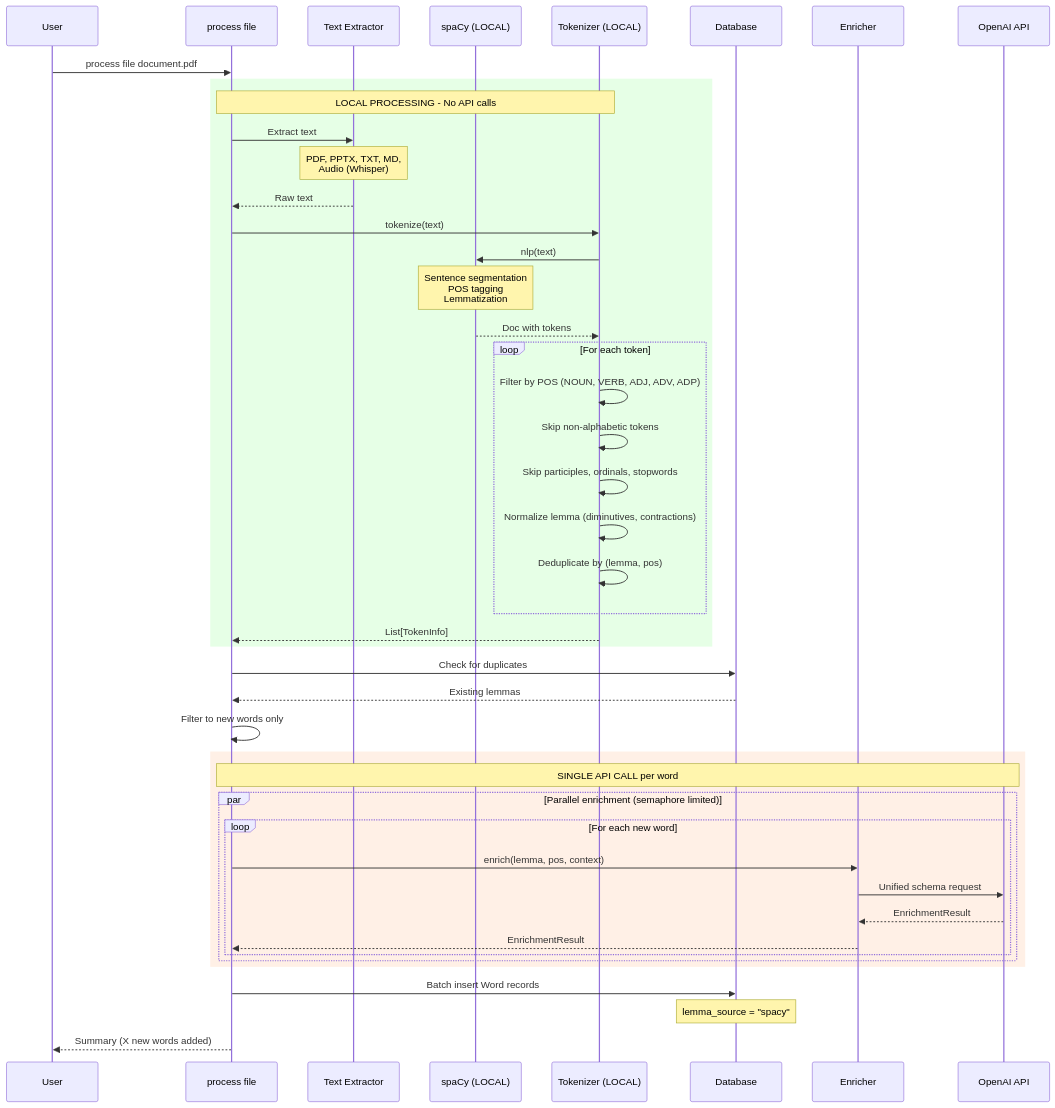
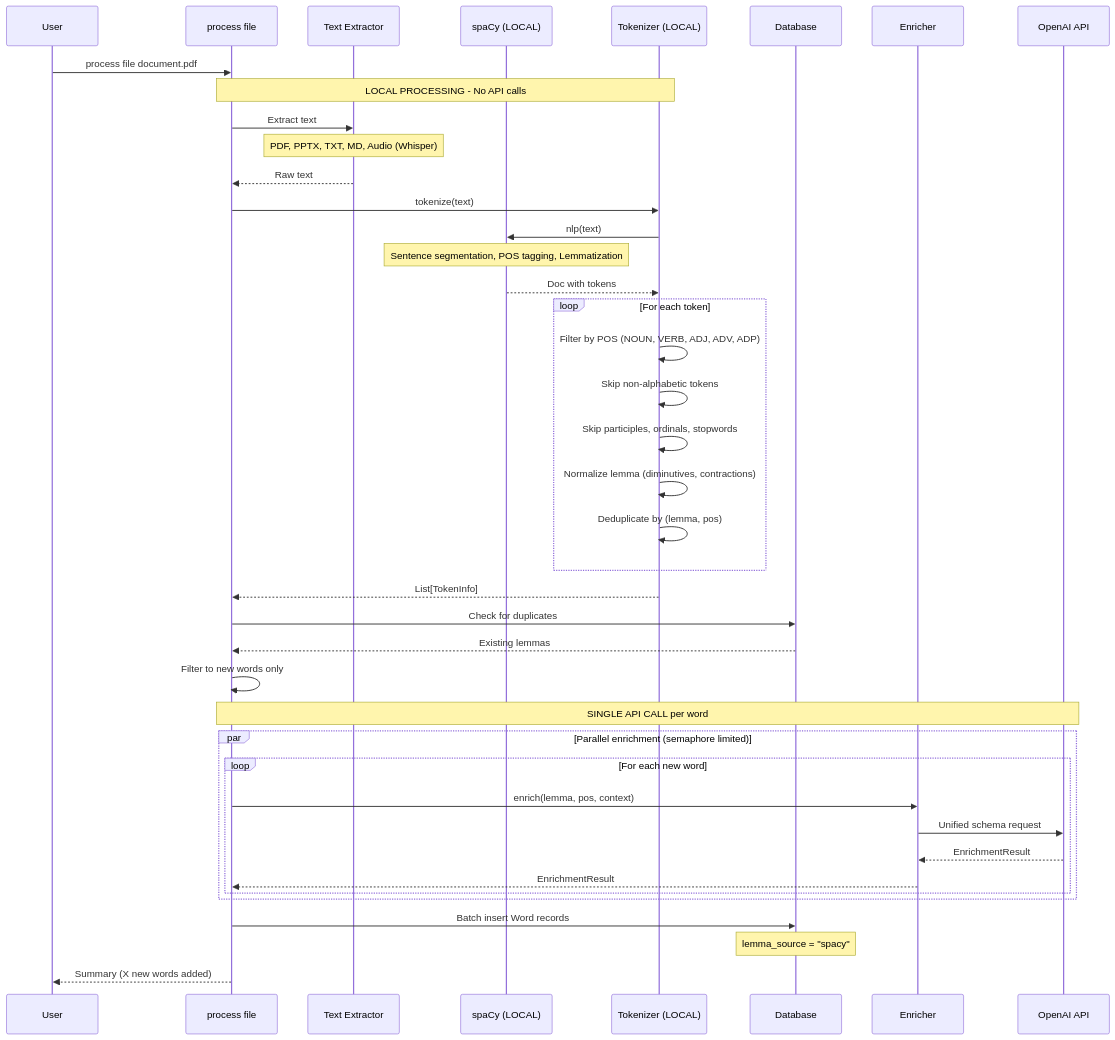
Before and after one commit to sapientpants/vocabext: the second of 9 diagrams in docs/llm-pipelines.md, drawn with Mermaid. The commit also changed other lines of this file, not shown here.

First line of the commit message:
docs: remove color blocks from Mermaid diagrams

````diff
--- a/docs/llm-pipelines.md
+++ b/docs/llm-pipelines.md
@@ -75,57 +71,51 @@
 ```mermaid
 sequenceDiagram
     participant User
     participant CLI as process file
     participant Extractor as Text Extractor
     participant spaCy as spaCy (LOCAL)
     participant Tokenizer as Tokenizer (LOCAL)
     participant DB as Database
     participant Enricher
     participant API as OpenAI API
 
     User->>CLI: process file document.pdf
 
-    rect rgb(230, 255, 230)
-        Note over CLI,Tokenizer: LOCAL PROCESSING - No API calls
-        CLI->>Extractor: Extract text
-        Note over Extractor: PDF, PPTX, TXT, MD,<br/>Audio (Whisper)
-        Extractor-->>CLI: Raw text
+    Note over CLI,Tokenizer: LOCAL PROCESSING - No API calls
+    CLI->>Extractor: Extract text
+    Note over Extractor: PDF, PPTX, TXT, MD, Audio (Whisper)
+    Extractor-->>CLI: Raw text
 
-        CLI->>Tokenizer: tokenize(text)
-        Tokenizer->>spaCy: nlp(text)
+    CLI->>Tokenizer: tokenize(text)
+    Tokenizer->>spaCy: nlp(text)
+    Note over spaCy: Sentence segmentation, POS tagging, Lemmatization
+    spaCy-->>Tokenizer: Doc with tokens
 
-        Note over spaCy: Sentence segmentation<br/>POS tagging<br/>Lemmatization
+    loop For each token
+        Tokenizer->>Tokenizer: Filter by POS (NOUN, VERB, ADJ, ADV, ADP)
+        Tokenizer->>Tokenizer: Skip non-alphabetic tokens
+        Tokenizer->>Tokenizer: Skip participles, ordinals, stopwords
+        Tokenizer->>Tokenizer: Normalize lemma (diminutives, contractions)
+        Tokenizer->>Tokenizer: Deduplicate by (lemma, pos)
+    end
 
-        spaCy-->>Tokenizer: Doc with tokens
-
-        loop For each token
-            Tokenizer->>Tokenizer: Filter by POS (NOUN, VERB, ADJ, ADV, ADP)
-            Tokenizer->>Tokenizer: Skip non-alphabetic tokens
-            Tokenizer->>Tokenizer: Skip participles, ordinals, stopwords
-            Tokenizer->>Tokenizer: Normalize lemma (diminutives, contractions)
-            Tokenizer->>Tokenizer: Deduplicate by (lemma, pos)
-        end
-
-        Tokenizer-->>CLI: List[TokenInfo]
-    end
+    Tokenizer-->>CLI: List[TokenInfo]
 
     CLI->>DB: Check for duplicates
     DB-->>CLI: Existing lemmas
     CLI->>CLI: Filter to new words only
 
-    rect rgb(255, 240, 230)
-        Note over CLI,API: SINGLE API CALL per word
-        par Parallel enrichment (semaphore limited)
-            loop For each new word
-                CLI->>Enricher: enrich(lemma, pos, context)
-                Enricher->>API: Unified schema request
-                API-->>Enricher: EnrichmentResult
-                Enricher-->>CLI: EnrichmentResult
-            end
+    Note over CLI,API: SINGLE API CALL per word
+    par Parallel enrichment (semaphore limited)
+        loop For each new word
+            CLI->>Enricher: enrich(lemma, pos, context)
+            Enricher->>API: Unified schema request
+            API-->>Enricher: EnrichmentResult
+            Enricher-->>CLI: EnrichmentResult
         end
     end
 
     CLI->>DB: Batch insert Word records
     Note over DB: lemma_source = "spacy"
     CLI-->>User: Summary (X new words added)
 ```
````
